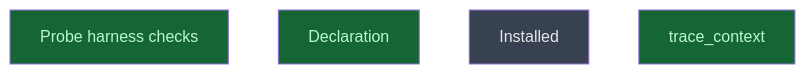
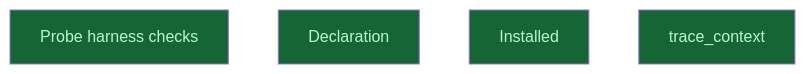
The diagram in __roadmap__/m6_5-agent-config/README.md (CrackingShells/Candler), drawn with Mermaid before and after one commit. The commit also changed other lines of this file and 10 other files, not shown here.

````diff
--- a/__roadmap__/m6_5-agent-config/README.md
+++ b/__roadmap__/m6_5-agent-config/README.md
@@ -21,12 +21,12 @@
 ```mermaid
 graph TD
     probe_harness_checks[Probe harness checks]:::done
     declaration[Declaration]:::done
-    installed[Installed]:::planned
+    installed[Installed]:::done
     trace_context[trace_context]:::done
     classDef done       fill:#166534,color:#bbf7d0
     classDef inprogress fill:#854d0e,color:#fef08a
     classDef planned    fill:#374151,color:#e5e7eb
     classDef amendment  fill:#1e3a5f,color:#bfdbfe
     classDef blocked    fill:#7f1d1d,color:#fecaca
 ```
````
